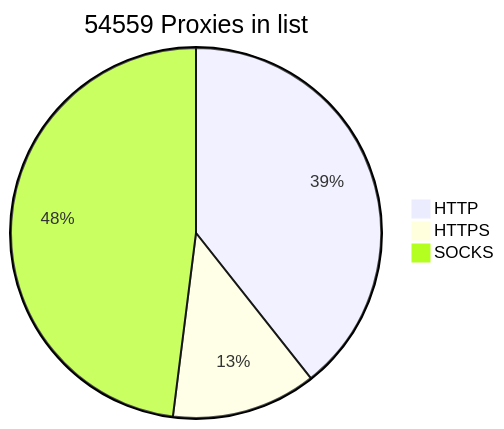
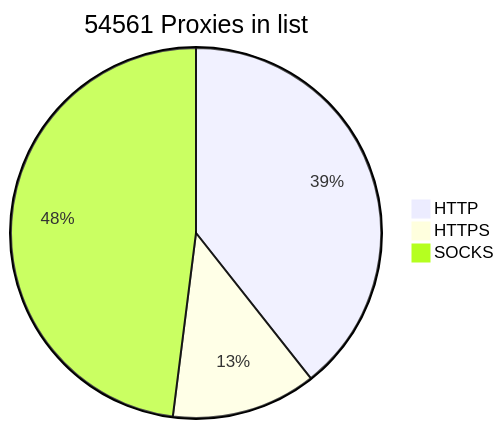
One commit to BlackSnowDot/proxylist-update-every-minute changed the diagram in README.md. Above: the diagram before and after it, drawn with Mermaid.

````diff
--- a/README.md
+++ b/README.md
@@ -2,6 +2,6 @@
 ```mermaid
-pie title 54559 Proxies in list
-    "HTTP" : 24058
+pie title 54561 Proxies in list
+    "HTTP" : 24066
     "HTTPS": 7731
     "SOCKS" : 29349
 ```
````
